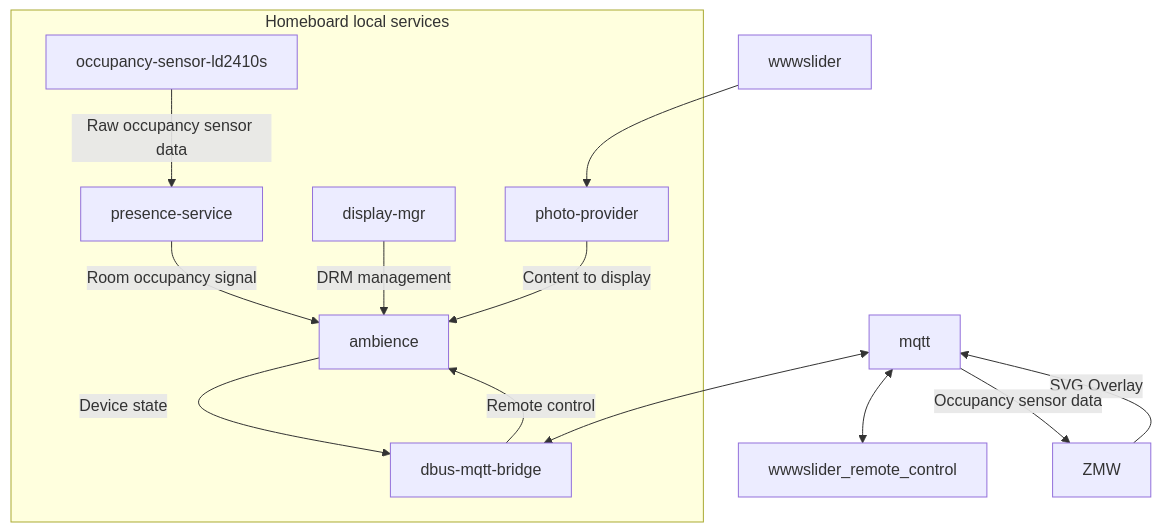
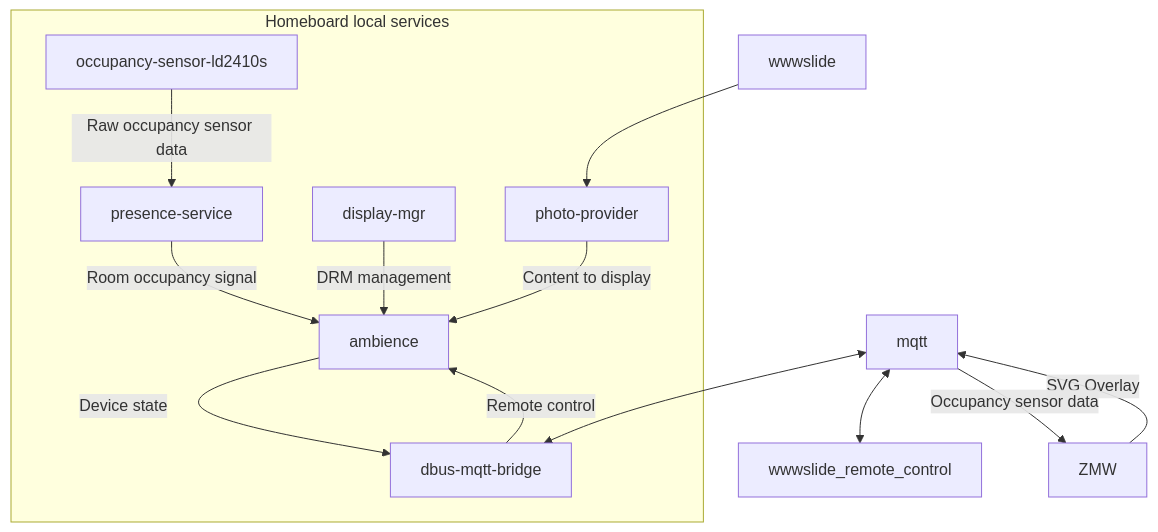
One commit to nicolasbrailo/homeboard changed the diagram in README.md. Above: the diagram before and after it, drawn with Mermaid. The commit also changed other lines of this file and 1 other file, not shown here.

````diff
--- a/README.md
+++ b/README.md
@@ -22,16 +22,16 @@
 ```mermaid
 graph TD;
     subgraph Group1 [Homeboard local services]
         occupancy-sensor-ld2410s -->|Raw occupancy sensor data| presence-service;
         presence-service -->|Room occupancy signal| ambience;
         display-mgr -->|DRM management| ambience;
         photo-provider -->|Content to display| ambience;
         ambience -->|Device state| dbus-mqtt-bridge;
         dbus-mqtt-bridge -->|Remote control| ambience;
     end
-    wwwslider --> photo-provider;
+    wwwslide --> photo-provider;
     mqtt <--> dbus-mqtt-bridge;
-    mqtt <--> wwwslider_remote_control;
+    mqtt <--> wwwslide_remote_control;
     ZMW -->|SVG Overlay| mqtt;
     mqtt -->|Occupancy sensor data| ZMW;
 ```
````
